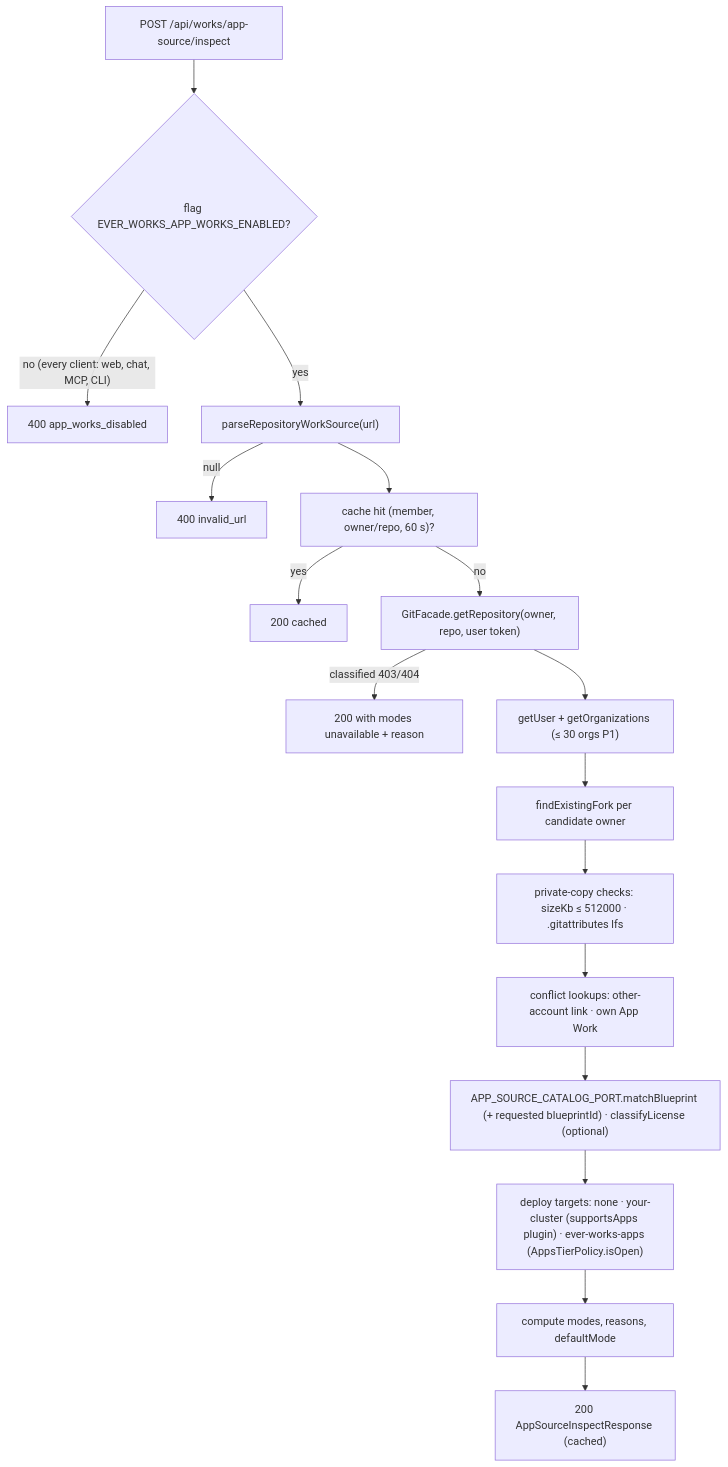
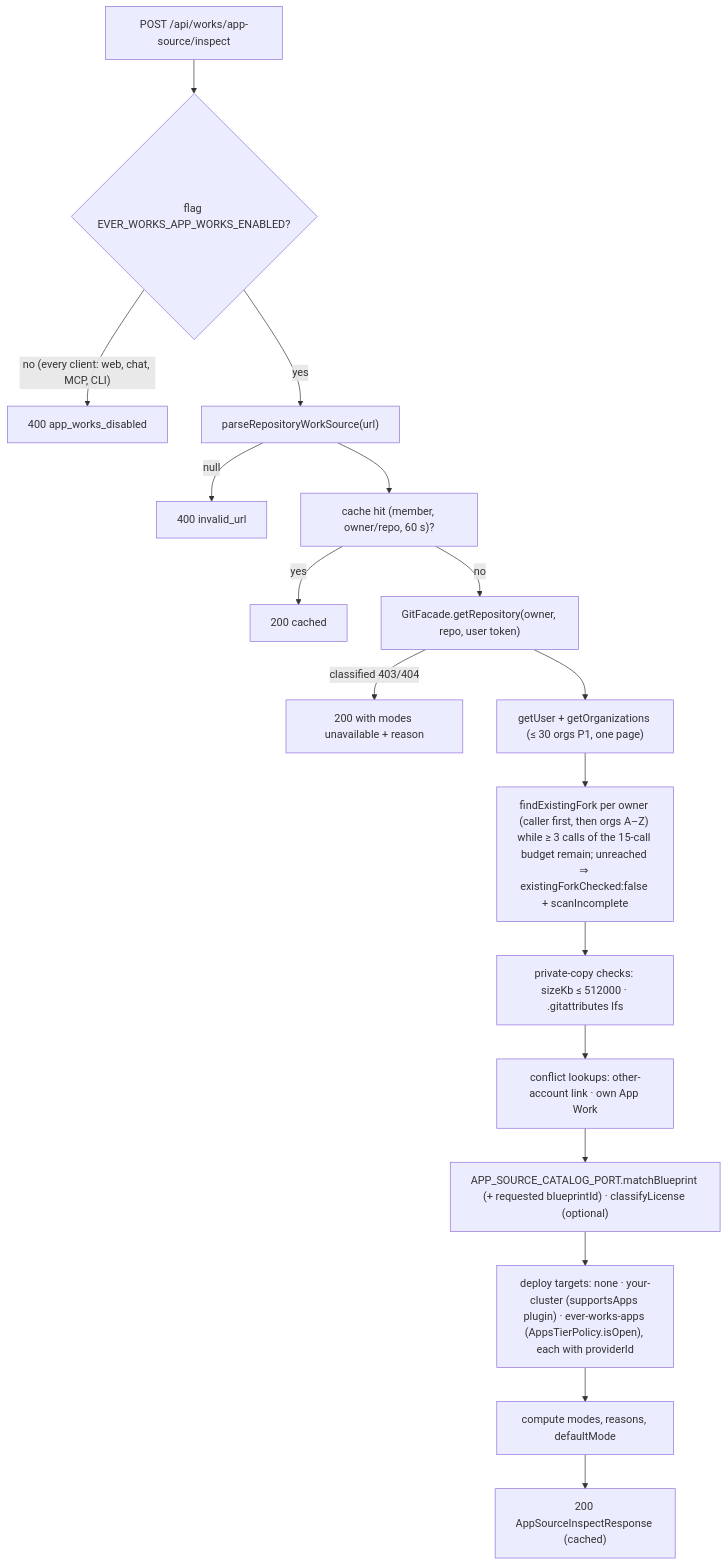
One commit to ever-works/ever-works changed the first of 2 diagrams in docs/specs/features/app-works/APW-01-app-work-kind/plan.md. Above: the diagram before and after it, drawn with Mermaid. The commit also changed other lines of this file and 262 other files, not shown here.

````diff
--- a/docs/specs/features/app-works/APW-01-app-work-kind/plan.md
+++ b/docs/specs/features/app-works/APW-01-app-work-kind/plan.md
@@ -158,19 +167,19 @@
 ```mermaid
 flowchart TB
     A["POST /api/works/app-source/inspect"] --> B{"flag EVER_WORKS_APP_WORKS_ENABLED?"}
     B -- "no (every client: web, chat, MCP, CLI)" --> Z1["400 app_works_disabled"]
     B -- yes --> C["parseRepositoryWorkSource(url)"]
     C -- null --> Z2["400 invalid_url"]
     C --> D["cache hit (member, owner/repo, 60 s)?"]
     D -- yes --> R["200 cached"]
     D -- no --> E["GitFacade.getRepository(owner, repo, user token)"]
     E -- "classified 403/404" --> Z3["200 with modes unavailable + reason"]
-    E --> F["getUser + getOrganizations (≤ 30 orgs P1)"]
-    F --> G["findExistingFork per candidate owner"]
+    E --> F["getUser + getOrganizations (≤ 30 orgs P1, one page)"]
+    F --> G["findExistingFork per owner (caller first, then orgs A–Z) while ≥ 3 calls of the 15-call budget remain; unreached ⇒ existingForkChecked:false + scanIncomplete"]
     G --> H["private-copy checks: sizeKb ≤ 512000 · .gitattributes lfs"]
     H --> I["conflict lookups: other-account link · own App Work"]
     I --> J["APP_SOURCE_CATALOG_PORT.matchBlueprint (+ requested blueprintId) · classifyLicense (optional)"]
-    J --> J2["deploy targets: none · your-cluster (supportsApps plugin) · ever-works-apps (AppsTierPolicy.isOpen)"]
+    J --> J2["deploy targets: none · your-cluster (supportsApps plugin) · ever-works-apps (AppsTierPolicy.isOpen), each with providerId"]
     J2 --> K["compute modes, reasons, defaultMode"]
     K --> R2["200 AppSourceInspectResponse (cached)"]
 ```
````
